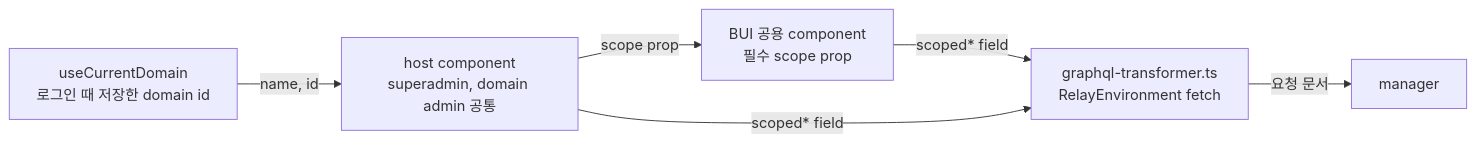
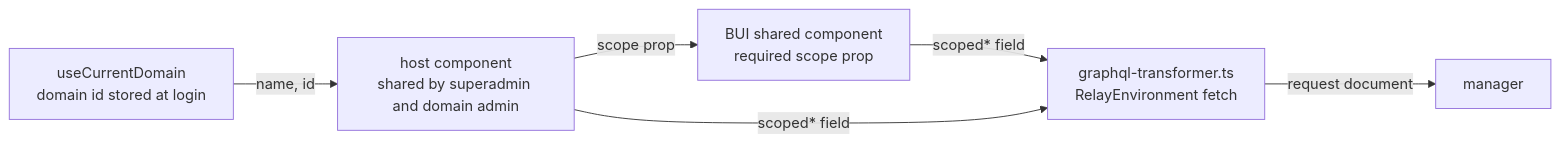
One commit to lablup/backend.ai-webui changed the diagram in docs/adr/0012-scoped-search-fields-in-place-of-admin-fields.md. Above: the diagram before and after it, drawn with Mermaid. The commit also changed other lines of this file and 15 other files, not shown here.

First line of the commit message:
chore(#10802): translate ADR 0003–0017 and ARCHITECTURE.md into English

````diff
--- a/docs/adr/0012-scoped-search-fields-in-place-of-admin-fields.md
+++ b/docs/adr/0012-scoped-search-fields-in-place-of-admin-fields.md
@@ -30,13 +30,13 @@
 ```mermaid
 flowchart LR
   manager["manager"]
-  hook["useCurrentDomain<br/>로그인 때 저장한 domain id"]
-  page["host component<br/>superadmin, domain admin 공통"]
-  select["BUI 공용 component<br/>필수 scope prop"]
+  hook["useCurrentDomain<br/>domain id stored at login"]
+  page["host component<br/>shared by superadmin and domain admin"]
+  select["BUI shared component<br/>required scope prop"]
   transformer["graphql-transformer.ts<br/>RelayEnvironment fetch"]
   hook -- "name, id" --> page
   page -- "scope prop" --> select
   select -- "scoped* field" --> transformer
   page -- "scoped* field" --> transformer
-  transformer -- "요청 문서" --> manager
+  transformer -- "request document" --> manager
 ```
````
